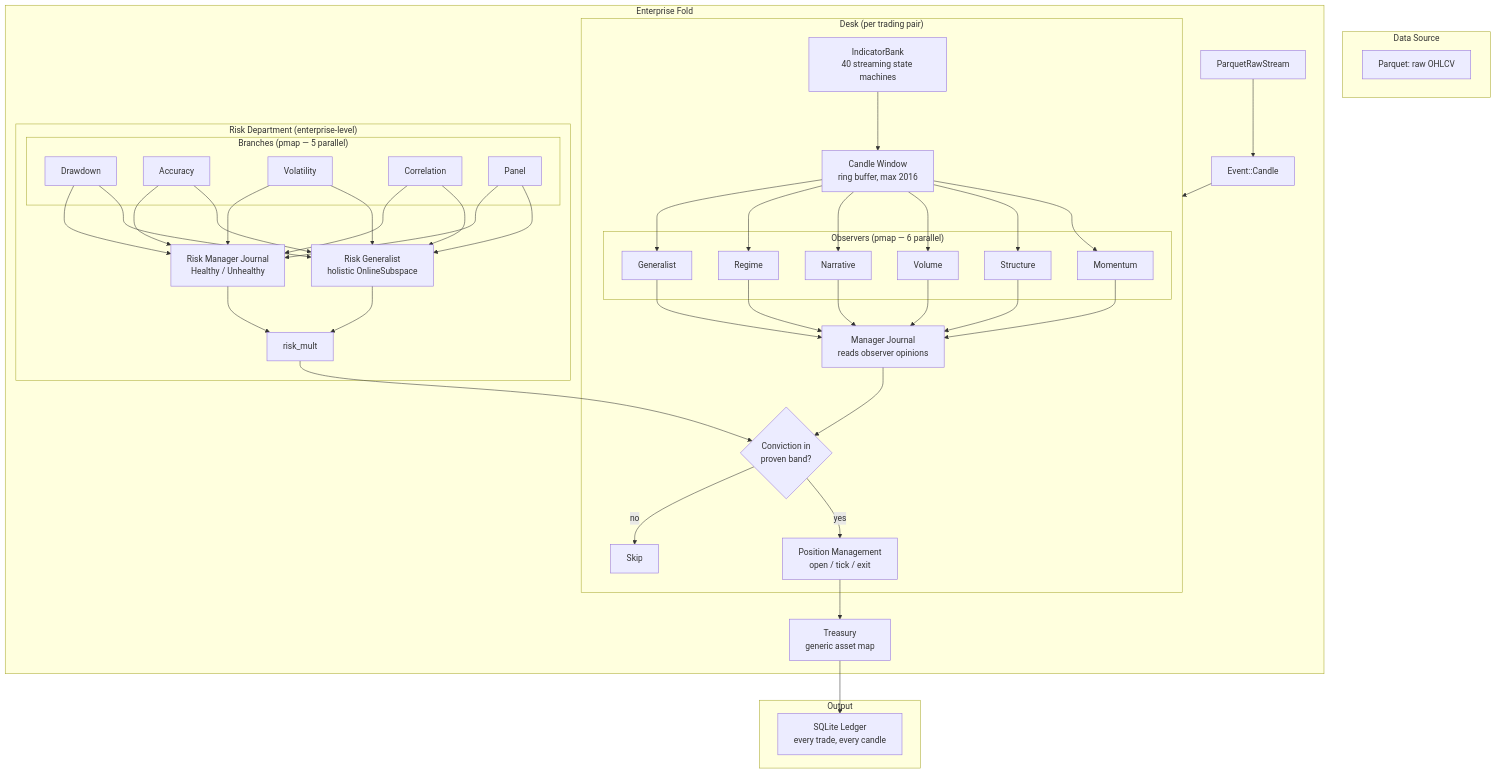
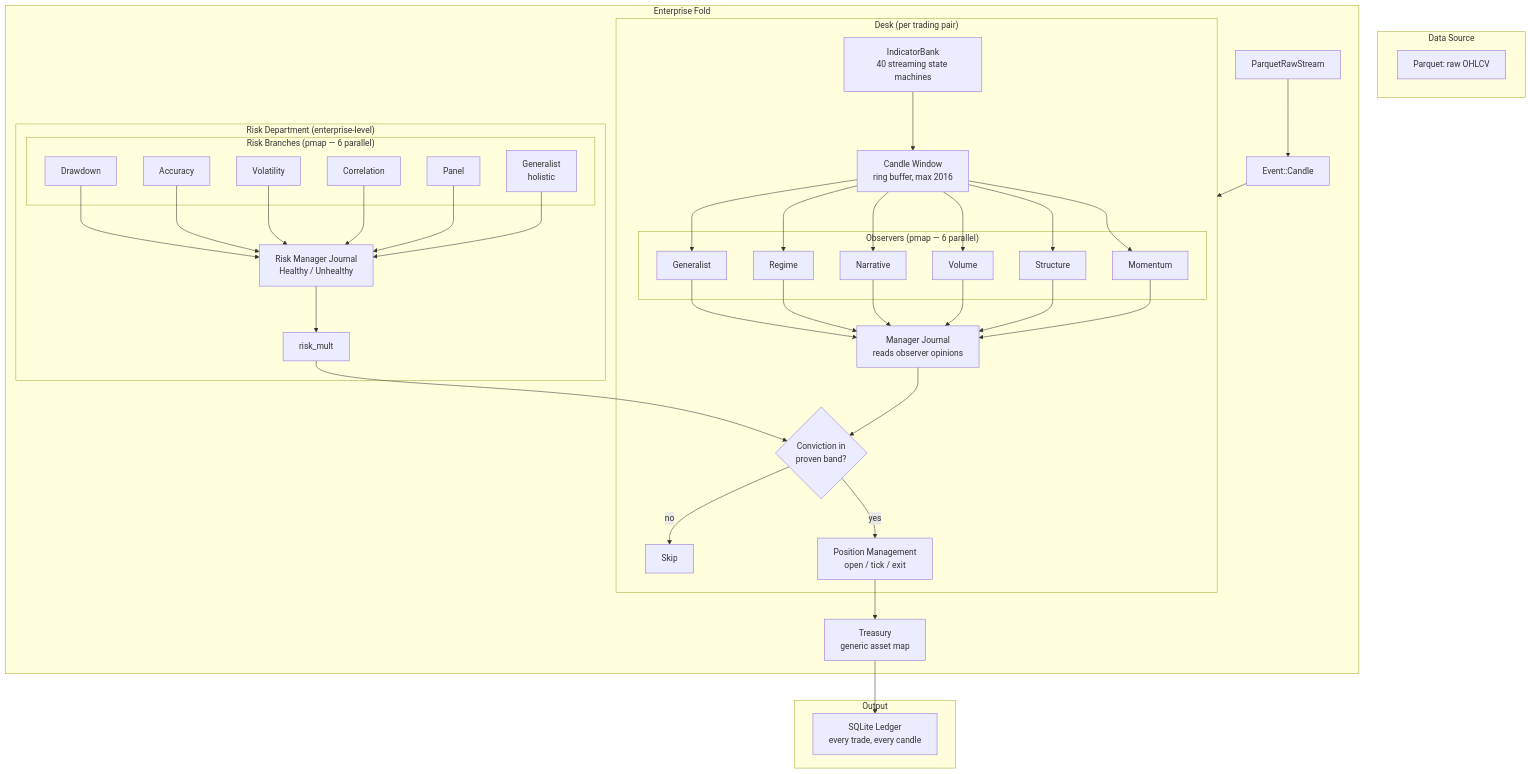
The diagram in README.md (watmin/holon-lab-trading), drawn with Mermaid before and after one commit. The commit also changed 3 other files, not shown here.

First line of the commit message:
risk: generalist is a peer, not a layer above — same shape as market

````diff
--- a/README.md
+++ b/README.md
@@ -11,51 +11,51 @@
 ```mermaid
 graph TD
     subgraph "Data Source"
         PQ[Parquet: raw OHLCV]
     end
 
     subgraph "Enterprise Fold"
         STREAM[ParquetRawStream] --> EVENT[Event::Candle]
         EVENT --> DESK
 
         subgraph DESK["Desk (per trading pair)"]
             IND[IndicatorBank<br/>40 streaming state machines] --> WINDOW[Candle Window<br/>ring buffer, max 2016]
 
             subgraph "Observers (pmap — 6 parallel)"
                 MOM[Momentum]
                 STR[Structure]
                 VOL[Volume]
                 NAR[Narrative]
                 REG[Regime]
                 GEN[Generalist]
             end
 
             WINDOW --> MOM & STR & VOL & NAR & REG & GEN
 
             MOM & STR & VOL & NAR & REG & GEN --> MGR[Manager Journal<br/>reads observer opinions]
             MGR --> CONV{Conviction in<br/>proven band?}
             CONV -->|yes| POS[Position Management<br/>open / tick / exit]
             CONV -->|no| SKIP[Skip]
         end
 
         subgraph "Risk Department (enterprise-level)"
-            subgraph "Branches (pmap — 5 parallel)"
+            subgraph "Risk Branches (pmap — 6 parallel)"
                 DD[Drawdown]
                 ACC[Accuracy]
                 VOLR[Volatility]
                 CORR[Correlation]
                 PAN[Panel]
+                RGEN[Generalist<br/>holistic]
             end
-            DD & ACC & VOLR & CORR & PAN --> RGEN[Risk Generalist<br/>holistic OnlineSubspace]
-            DD & ACC & VOLR & CORR & PAN --> RMGR[Risk Manager Journal<br/>Healthy / Unhealthy]
-            RMGR & RGEN --> RMULT[risk_mult]
+            DD & ACC & VOLR & CORR & PAN & RGEN --> RMGR[Risk Manager Journal<br/>Healthy / Unhealthy]
+            RMGR --> RMULT[risk_mult]
         end
 
         RMULT --> CONV
         POS --> TREASURY[Treasury<br/>generic asset map]
     end
 
     subgraph "Output"
         TREASURY --> LEDGER[SQLite Ledger<br/>every trade, every candle]
     end
 ```
````
